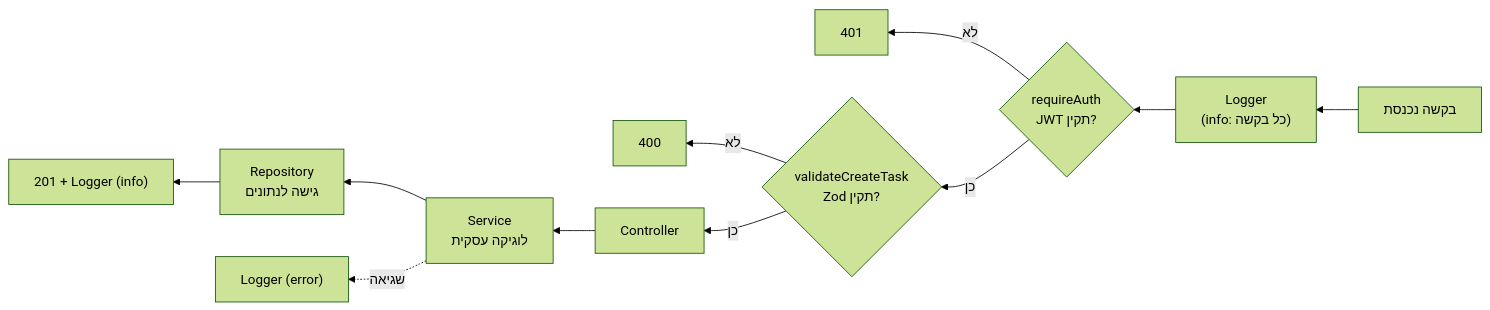
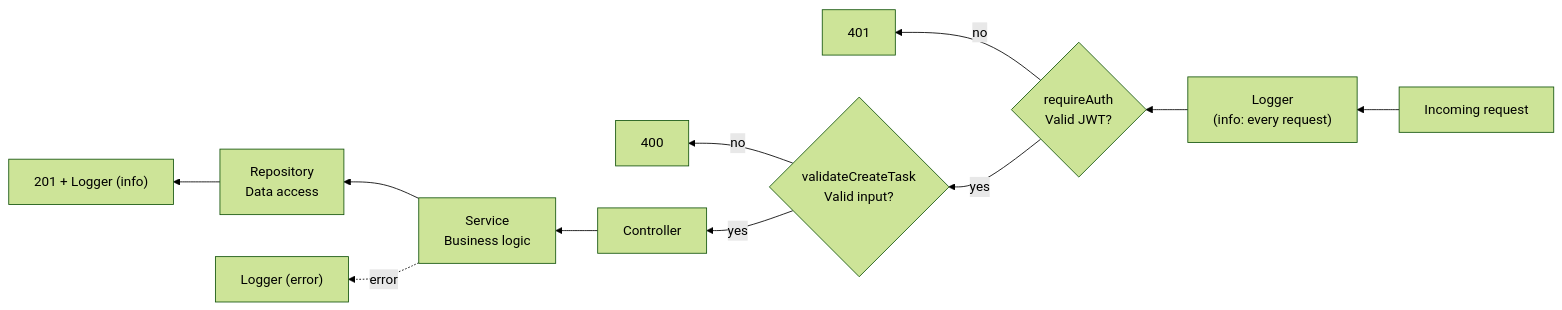
Before and after one commit to neriyaMalachi/FullStack_kodkode_5: the diagram in content/docs/additions/117-additions-capstone-project-content.md, drawn with Mermaid (forest theme). The commit also changed other lines of this file and 117 other files, not shown here.

````diff
--- a/content/docs/additions/117-additions-capstone-project-content.md
+++ b/content/docs/additions/117-additions-capstone-project-content.md
@@ -63,13 +63,13 @@
 ```mermaid
 flowchart RL
-    REQ["בקשה נכנסת"] --> LOG["Logger<br/>(info: כל בקשה)"]
-    LOG --> AUTH{"requireAuth<br/>JWT תקין?"}
-    AUTH -->|"לא"| E401["401"]
-    AUTH -->|"כן"| VAL{"validateCreateTask<br/>Zod תקין?"}
-    VAL -->|"לא"| E400["400"]
-    VAL -->|"כן"| CTRL["Controller"]
-    CTRL --> SVC["Service<br/>לוגיקה עסקית"]
-    SVC --> REPO["Repository<br/>גישה לנתונים"]
+    REQ["Incoming request"] --> LOG["Logger<br/>(info: every request)"]
+    LOG --> AUTH{"requireAuth<br/>Valid JWT?"}
+    AUTH -->|"no"| E401["401"]
+    AUTH -->|"yes"| VAL{"validateCreateTask<br/>Valid input?"}
+    VAL -->|"no"| E400["400"]
+    VAL -->|"yes"| CTRL["Controller"]
+    CTRL --> SVC["Service<br/>Business logic"]
+    SVC --> REPO["Repository<br/>Data access"]
     REPO --> RES["201 + Logger (info)"]
-    SVC -.->|"שגיאה"| ERRLOG["Logger (error)"]
+    SVC -.->|"error"| ERRLOG["Logger (error)"]
 ```
````
